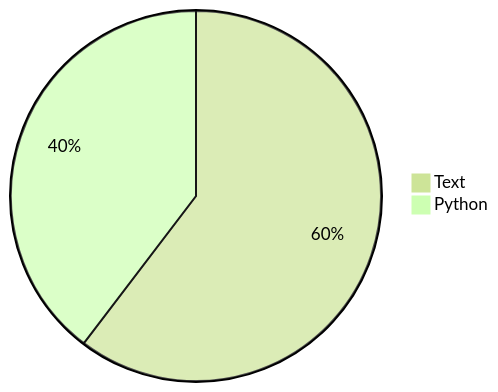
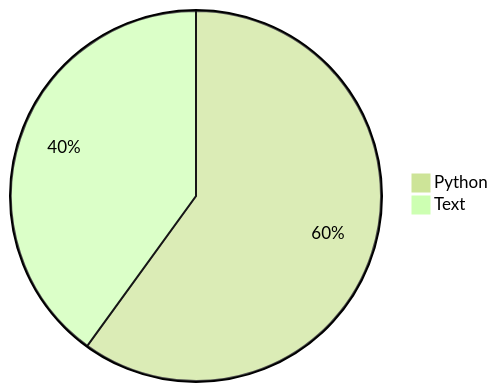
One commit to Alicia111/alicia111 changed the diagram in README.md. Above: the diagram before and after it, drawn with Mermaid (forest theme).

Commit message:
Update WakaTime stats (・ω・)b

````diff
--- a/README.md
+++ b/README.md
@@ -32,5 +32,5 @@
 ```mermaid
 pie
-    "Text" : 60.36
-    "Python" : 39.64
+    "Python" : 59.99
+    "Text" : 40.01
 ```
````
